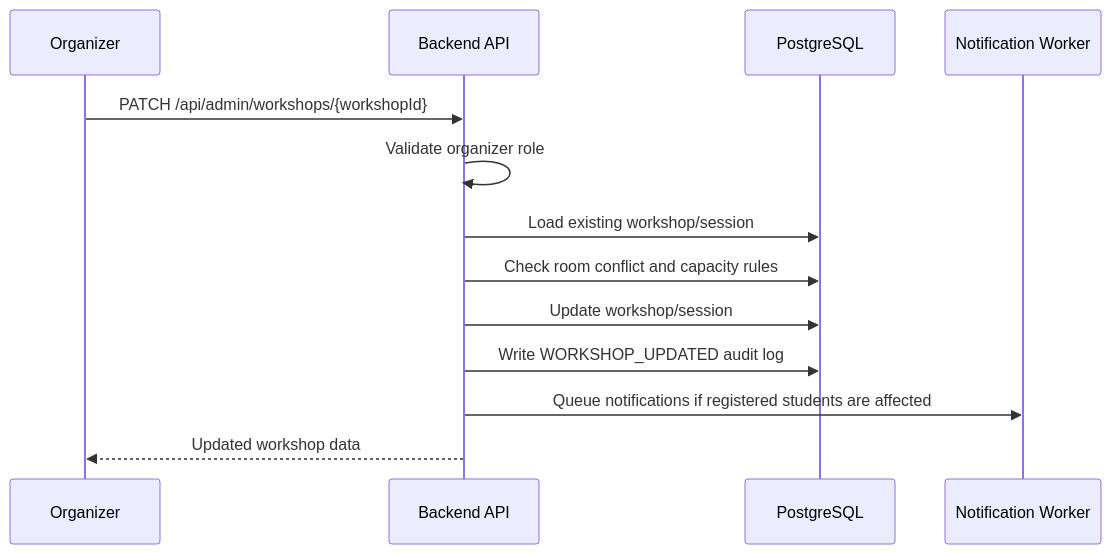
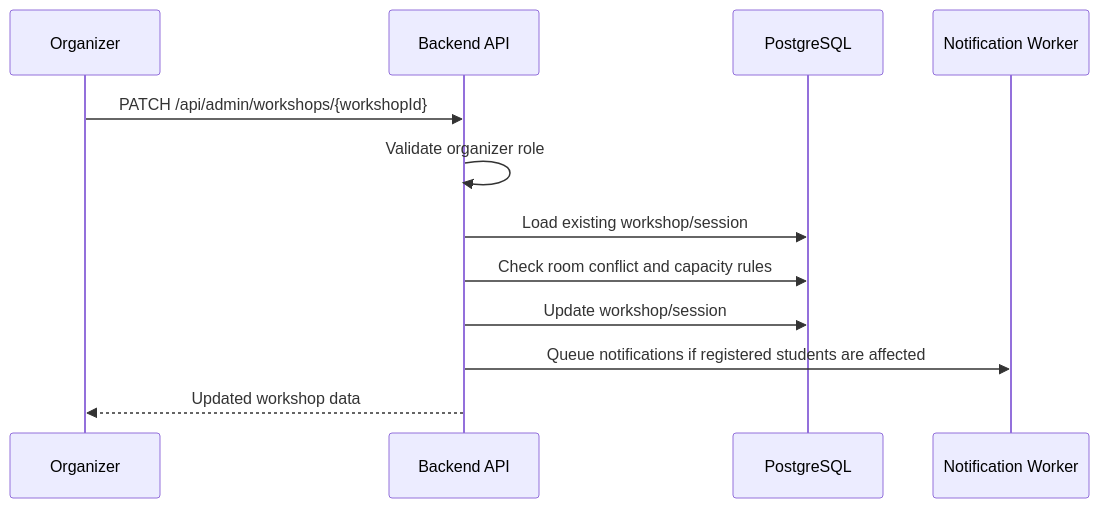
One commit to NguyenThanhTien539/unihub-workshop-system changed the fourth of 6 diagrams in blueprint/specs/workshop.md. Above: the diagram before and after it, drawn with Mermaid. The commit also changed other lines of this file and 8 other files, not shown here.

````diff
--- a/blueprint/specs/workshop.md
+++ b/blueprint/specs/workshop.md
@@ -128,16 +122,15 @@
 ```mermaid
 sequenceDiagram
     participant O as Organizer
     participant API as Backend API
     participant DB as PostgreSQL
     participant N as Notification Worker
 
     O->>API: PATCH /api/admin/workshops/{workshopId}
     API->>API: Validate organizer role
     API->>DB: Load existing workshop/session
     API->>DB: Check room conflict and capacity rules
     API->>DB: Update workshop/session
-    API->>DB: Write WORKSHOP_UPDATED audit log
     API->>N: Queue notifications if registered students are affected
     API-->>O: Updated workshop data
 ```
````
